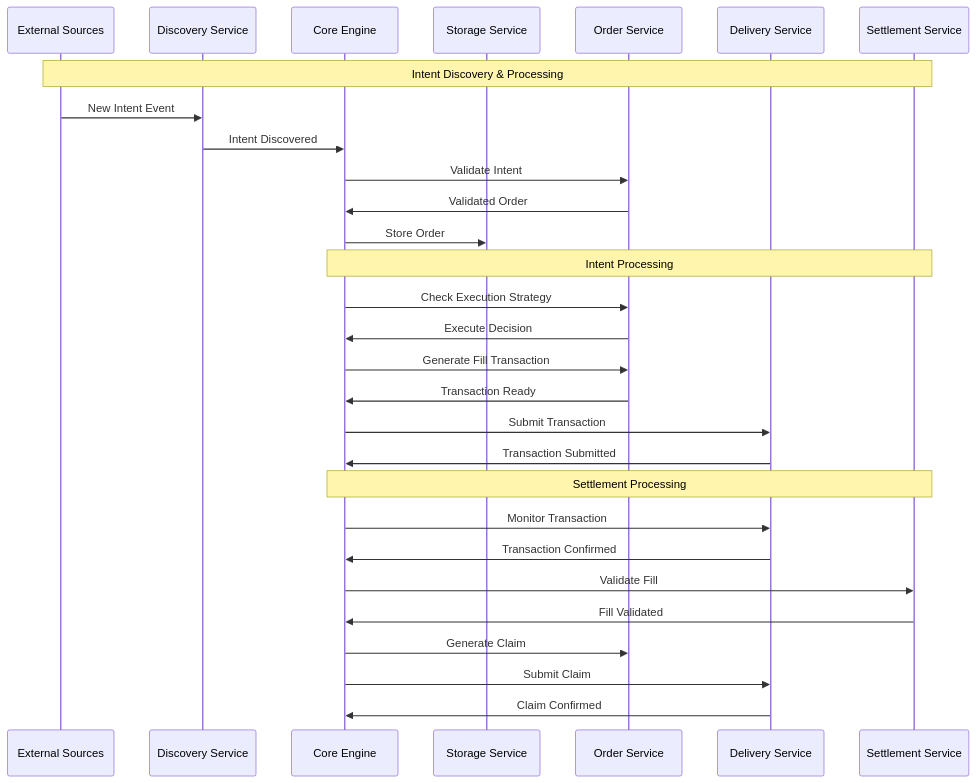
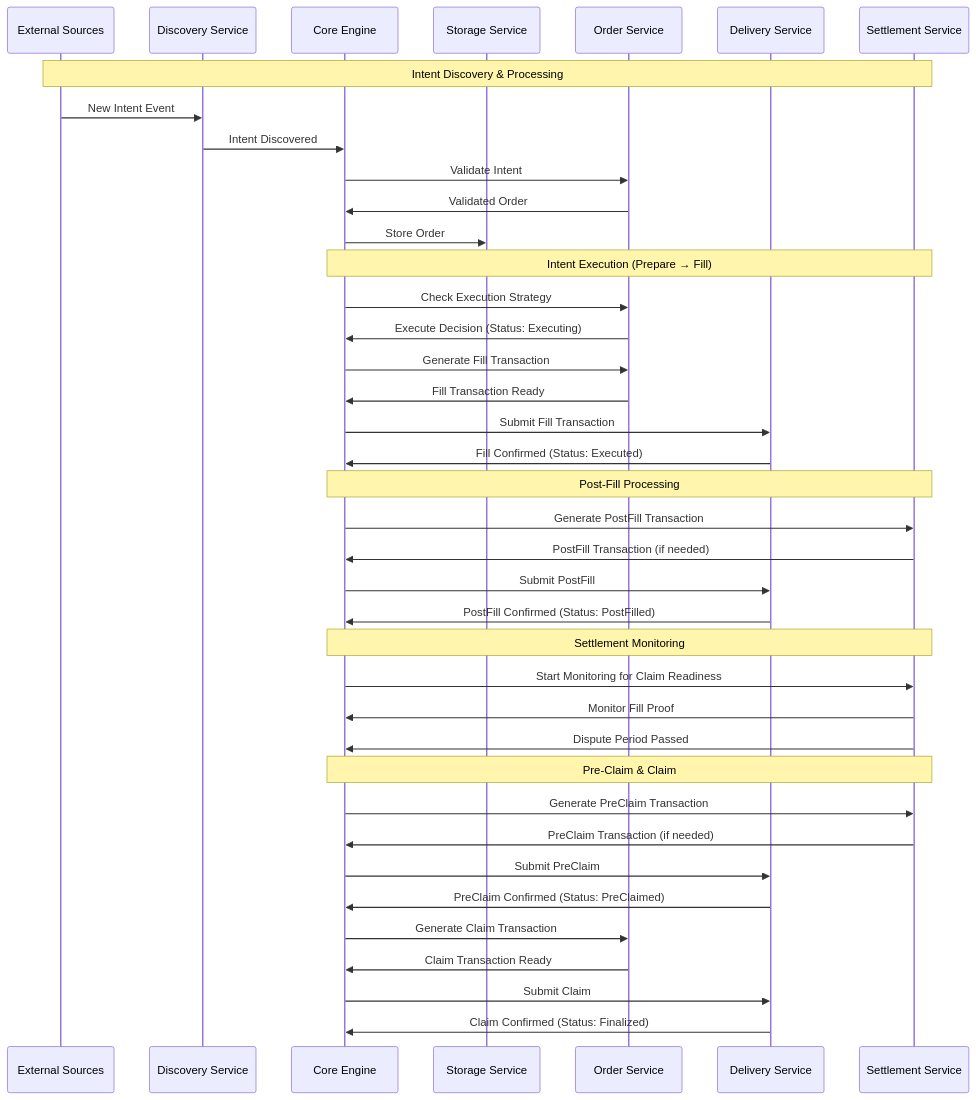
Before and after one commit to openintentsframework/oif-solver: the diagram in README.md, drawn with Mermaid. The commit also changed other lines of this file and 17 other files, not shown here.

````diff
--- a/README.md
+++ b/README.md
@@ -19,34 +19,46 @@
 ```mermaid
 sequenceDiagram
     participant External as External Sources
     participant Discovery as Discovery Service
     participant Core as Core Engine
     participant Storage as Storage Service
     participant Order as Order Service
     participant Delivery as Delivery Service
     participant Settlement as Settlement Service
 
     Note over External,Settlement: Intent Discovery & Processing
     External->>Discovery: New Intent Event
     Discovery->>Core: Intent Discovered
     Core->>Order: Validate Intent
     Order->>Core: Validated Order
     Core->>Storage: Store Order
 
-    Note over Core,Settlement: Intent Processing
+    Note over Core,Settlement: Intent Execution (Prepare → Fill)
     Core->>Order: Check Execution Strategy
-    Order->>Core: Execute Decision
+    Order->>Core: Execute Decision (Status: Executing)
     Core->>Order: Generate Fill Transaction
-    Order->>Core: Transaction Ready
-    Core->>Delivery: Submit Transaction
-    Delivery->>Core: Transaction Submitted
+    Order->>Core: Fill Transaction Ready
+    Core->>Delivery: Submit Fill Transaction
+    Delivery->>Core: Fill Confirmed (Status: Executed)
 
-    Note over Core,Settlement: Settlement Processing
-    Core->>Delivery: Monitor Transaction
-    Delivery->>Core: Transaction Confirmed
-    Core->>Settlement: Validate Fill
-    Settlement->>Core: Fill Validated
-    Core->>Order: Generate Claim
+    Note over Core,Settlement: Post-Fill Processing
+    Core->>Settlement: Generate PostFill Transaction
+    Settlement->>Core: PostFill Transaction (if needed)
+    Core->>Delivery: Submit PostFill
+    Delivery->>Core: PostFill Confirmed (Status: PostFilled)
+    
+    Note over Core,Settlement: Settlement Monitoring
+    Core->>Settlement: Start Monitoring for Claim Readiness
+    Settlement->>Core: Monitor Fill Proof
+    Settlement->>Core: Dispute Period Passed
+    
+    Note over Core,Settlement: Pre-Claim & Claim
+    Core->>Settlement: Generate PreClaim Transaction
+    Settlement->>Core: PreClaim Transaction (if needed)
+    Core->>Delivery: Submit PreClaim
+    Delivery->>Core: PreClaim Confirmed (Status: PreClaimed)
+    Core->>Order: Generate Claim Transaction
+    Order->>Core: Claim Transaction Ready
     Core->>Delivery: Submit Claim
-    Delivery->>Core: Claim Confirmed
+    Delivery->>Core: Claim Confirmed (Status: Finalized)
 ```
````
